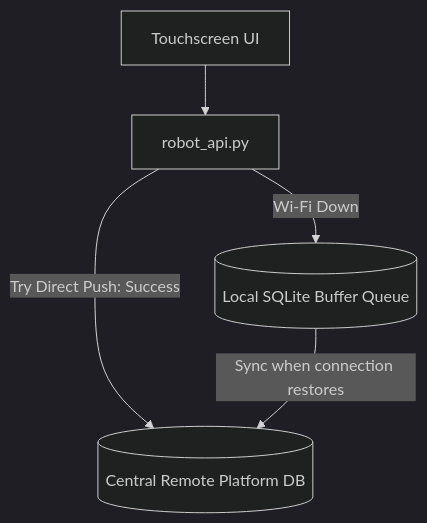
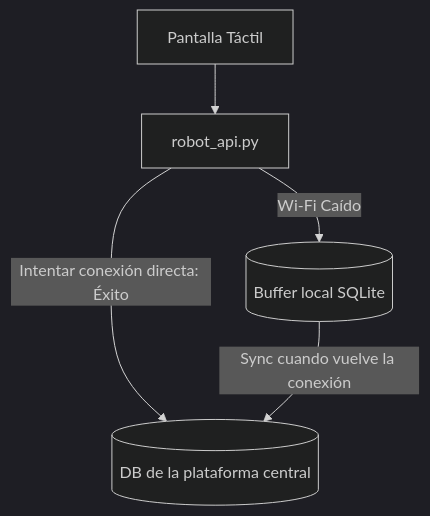
The diagram in Questionnaire_dB.md (mikelitu/elmo-v2), drawn with Mermaid (dark theme) before and after one commit.

Commit message:
Translate UI and API messages to Spanish

````diff
--- a/Questionnaire_dB.md
+++ b/Questionnaire_dB.md
@@ -1,9 +1,9 @@
 ```mermaid
 flowchart TD
-    UI["Touchscreen UI"] --> API["robot_api.py"]
+    UI["Pantalla Táctil"] --> API["robot_api.py"]
     
-    API -->|Try Direct Push: Success| DB[("Central Remote Platform DB")]
-    API -->|Wi-Fi Down| QUEUE[("Local SQLite Buffer Queue")]
+    API -->|Intentar conexión directa: Éxito| DB[("DB de la plataforma central")]
+    API -->|Wi-Fi Caído| QUEUE[("Buffer local SQLite")]
     
-    QUEUE -->|Sync when connection restores| DB
+    QUEUE -->|Sync cuando vuelve la conexión| DB
 ```
````
